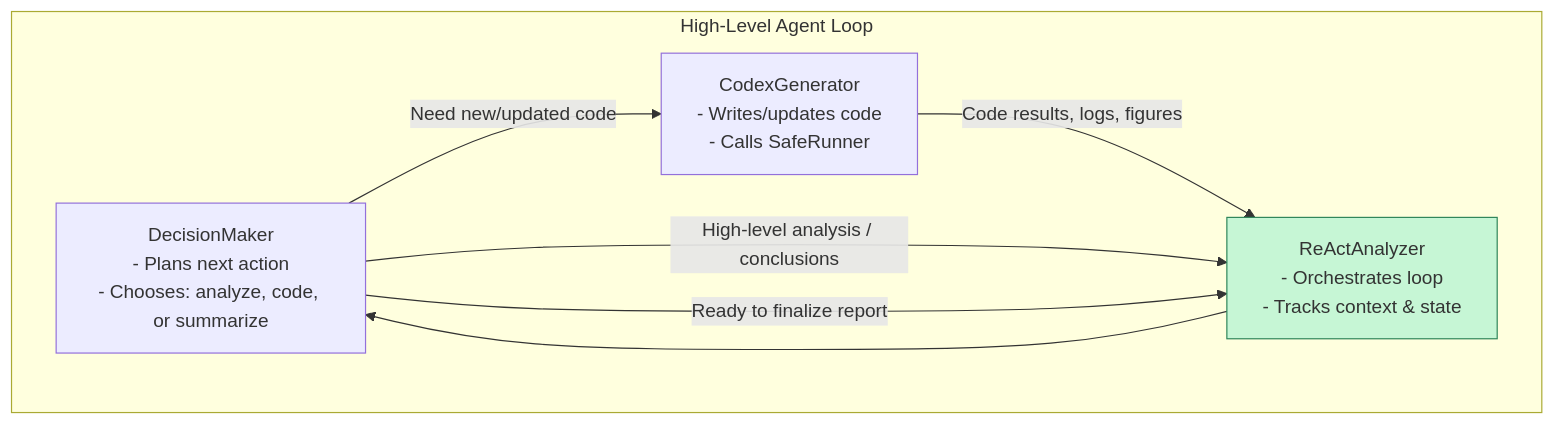
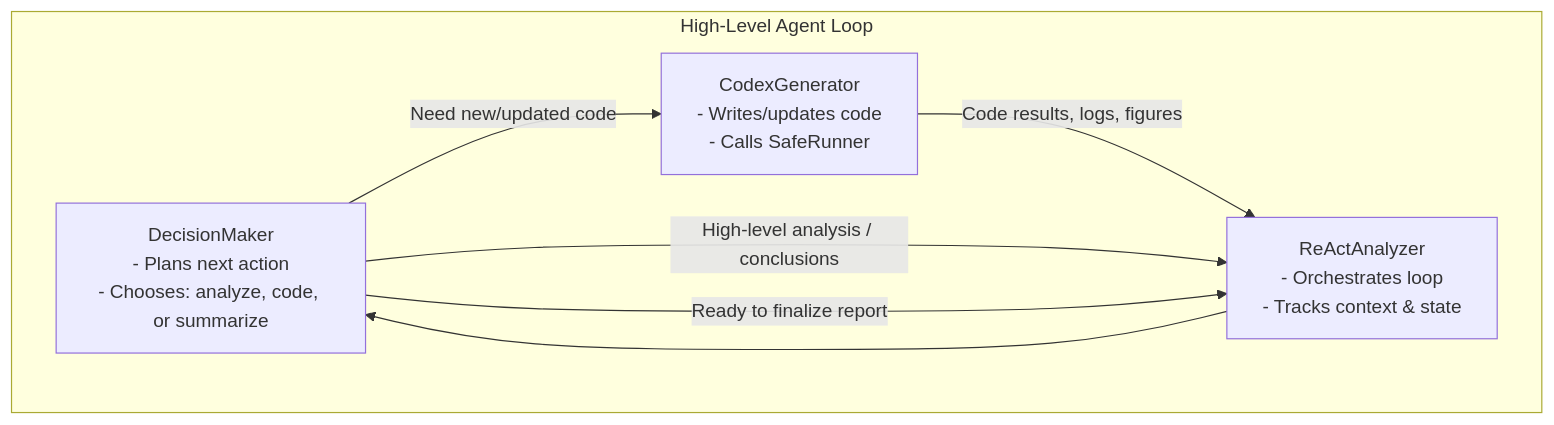
Before and after one commit to arubio2/CleanCode: the second of 2 diagrams in README.md, drawn with Mermaid. The commit also changed other lines of this file, not shown here.

````diff
--- a/README.md
+++ b/README.md
@@ -182,19 +240,15 @@
 ```mermaid
 flowchart TD
   subgraph UserLoop["High-Level Agent Loop"]
     DM[DecisionMaker<br/>- Plans next action<br/>- Chooses: analyze, code, or summarize]
     CG[CodexGenerator<br/>- Writes/updates code<br/>- Calls SafeRunner]
     RA[ReActAnalyzer<br/>- Orchestrates loop<br/>- Tracks context & state]
   end
 
-  %% Core interaction loop
   RA --> DM
   DM -- "Need new/updated code" --> CG
   CG -- "Code results, logs, figures" --> RA
   DM -- "High-level analysis / conclusions" --> RA
 
-  %% Exit condition
-  DM -- "Ready to finalize report" --> RA:::done
-
-  classDef done fill:#c6f6d5,stroke:#2f855a,stroke-width:1px;
+  DM -- "Ready to finalize report" --> RA
 ```
````
